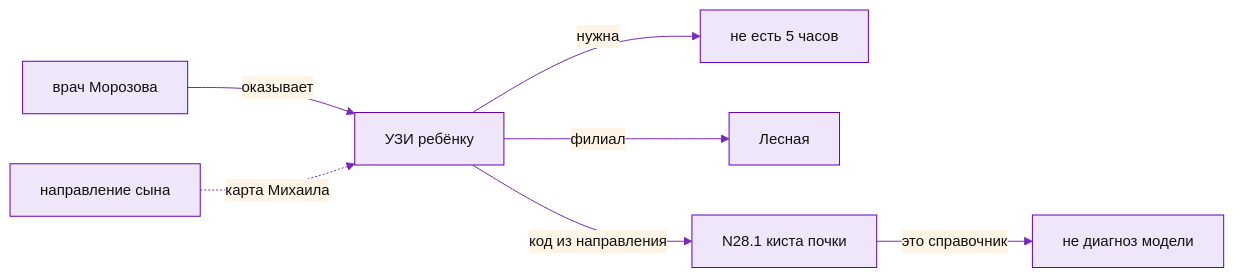
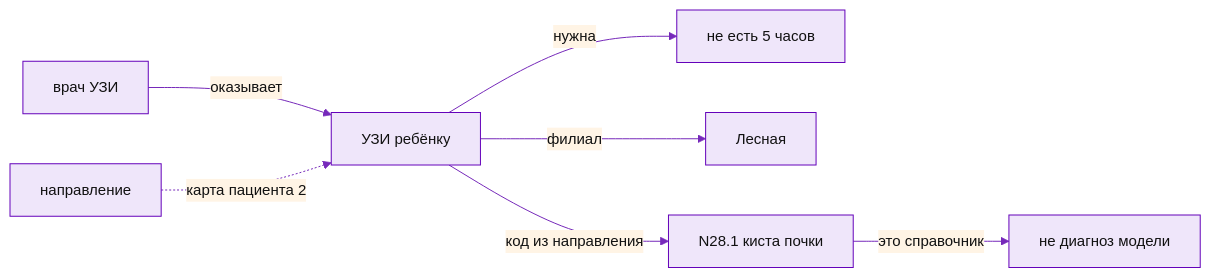
One commit to divisee/otus-ai-architect changed the diagram in final-project/slides/misha-graph.mmd. Above: the diagram before and after it, drawn with Mermaid. The commit also changed 13 other files, not shown here.

```diff
--- a/final-project/slides/misha-graph.mmd
+++ b/final-project/slides/misha-graph.mmd
@@ -1,8 +1,8 @@
 %%{init: {'theme':'base','themeVariables':{'primaryColor':'#efe6fa','primaryTextColor':'#111111','primaryBorderColor':'#6402ba','lineColor':'#7629ba','secondaryColor':'#fff4e5','tertiaryColor':'#f4f4ff','fontFamily':'Roboto, Arial, sans-serif','fontSize':'15px'}}}%%
 flowchart LR
-    Morozova[врач Морозова] -->|оказывает| USI2[УЗИ ребёнку]
+    Doc[врач УЗИ] -->|оказывает| USI2[УЗИ ребёнку]
     USI2 -->|нужна| Prep[не есть 5 часов]
     USI2 -->|филиал| Les[Лесная]
-    Nap[направление сына] -.->|карта Михаила| USI2
+    Nap[направление] -.->|карта пациента 2| USI2
     USI2 -->|код из направления| N281[N28.1 киста почки]
     N281 -->|это справочник| Note[не диагноз модели]
```
